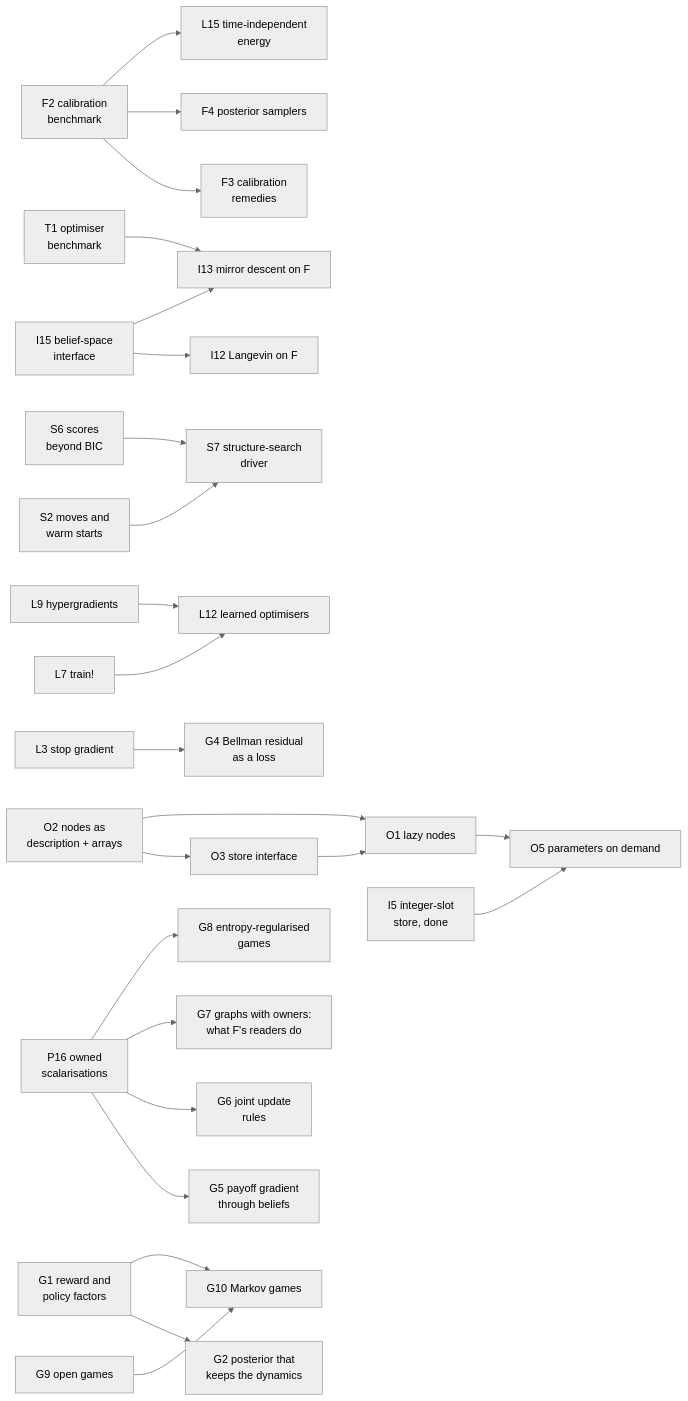
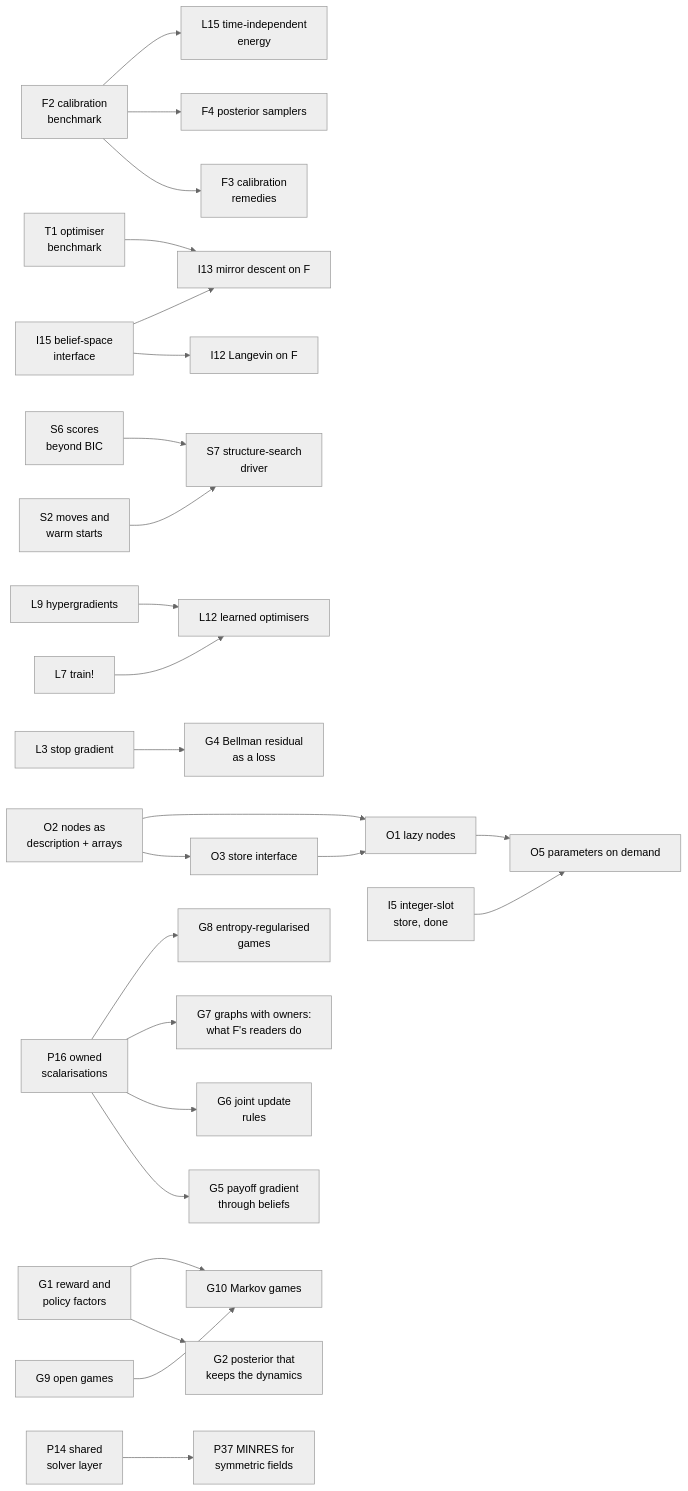
Before and after one commit to MathStruct/Lenticulum.jl: the diagram in vault/Project/Feature Backlog/Feature Backlog.md, drawn with Mermaid (neutral theme). The commit also changed 10 other files, not shown here.

````diff
--- a/vault/Project/Feature Backlog/Feature Backlog.md
+++ b/vault/Project/Feature Backlog/Feature Backlog.md
@@ -47,26 +47,27 @@
 ```mermaid
 graph LR
   F2[F2 calibration<br/>benchmark] --> F3[F3 calibration<br/>remedies]
   F2 --> F4[F4 posterior samplers]
   F2 --> L15[L15 time-independent<br/>energy]
   I15[I15 belief-space<br/>interface] --> I12[I12 Langevin on F]
   I15 --> I13[I13 mirror descent on F]
   T1[T1 optimiser<br/>benchmark] --> I13
   O2[O2 nodes as<br/>description + arrays] --> O3[O3 store interface]
   O2 --> O1[O1 lazy nodes]
   O3 --> O1
   O1 --> O5[O5 parameters on demand]
   I5[I5 integer-slot<br/>store, done] --> O5
   S2[S2 moves and<br/>warm starts] --> S7[S7 structure-search<br/>driver]
   S6[S6 scores<br/>beyond BIC] --> S7
   L7[L7 train!] --> L12[L12 learned optimisers]
   L9[L9 hypergradients] --> L12
   G1[G1 reward and<br/>policy factors] --> G2[G2 posterior that<br/>keeps the dynamics]
   L3[L3 stop gradient] --> G4[G4 Bellman residual<br/>as a loss]
   P16[P16 owned<br/>scalarisations] --> G5[G5 payoff gradient<br/>through beliefs]
   P16 --> G6[G6 joint update<br/>rules]
   P16 --> G7[G7 graphs with owners:<br/>what F's readers do]
   P16 --> G8[G8 entropy-regularised<br/>games]
   G1 --> G10[G10 Markov games]
   G9[G9 open games] --> G10
+  P14[P14 shared<br/>solver layer] --> P37[P37 MINRES for<br/>symmetric fields]
 ```
````
